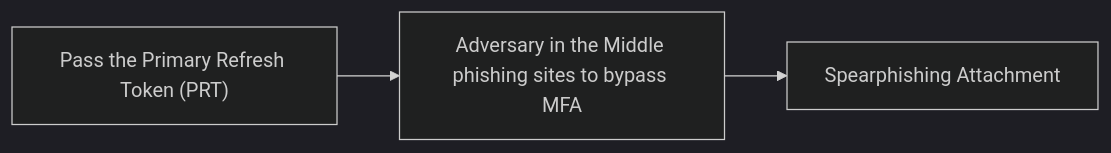
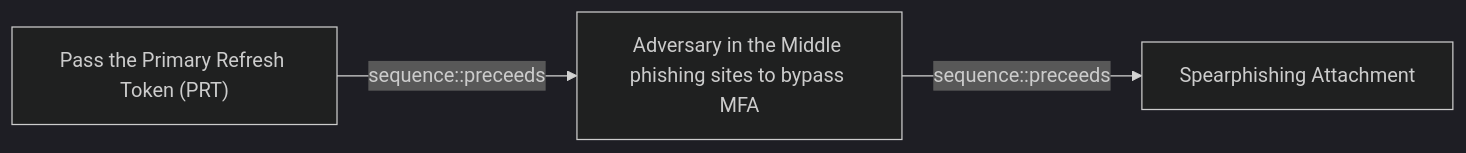
Before and after one commit to opentidehq/library: the diagram in docs/threats/pass-the-primary-refresh-token-prt.md, drawn with Mermaid (dark theme). The commit also changed other lines of this file and 277 other files, not shown here.

````diff
--- a/docs/threats/pass-the-primary-refresh-token-prt.md
+++ b/docs/threats/pass-the-primary-refresh-token-prt.md
@@ -58,8 +91,8 @@
 ```mermaid
 flowchart LR
 b1b6d2d7_0832_46fc_a3e5_6e6411179c45["Pass the Primary Refresh Token (PRT)"]
 66aafb61_9a46_4287_8b40_4785b42b77a3["Adversary in the Middle phishing sites to bypass MFA"]
 dd5d942c_bac4_4000_b9a6_ca4fef6cfb84["Spearphishing Attachment"]
-b1b6d2d7_0832_46fc_a3e5_6e6411179c45 --> 66aafb61_9a46_4287_8b40_4785b42b77a3
-66aafb61_9a46_4287_8b40_4785b42b77a3 --> dd5d942c_bac4_4000_b9a6_ca4fef6cfb84
+b1b6d2d7_0832_46fc_a3e5_6e6411179c45 -->|sequence::preceeds| 66aafb61_9a46_4287_8b40_4785b42b77a3
+66aafb61_9a46_4287_8b40_4785b42b77a3 -->|sequence::preceeds| dd5d942c_bac4_4000_b9a6_ca4fef6cfb84
 ```
````
